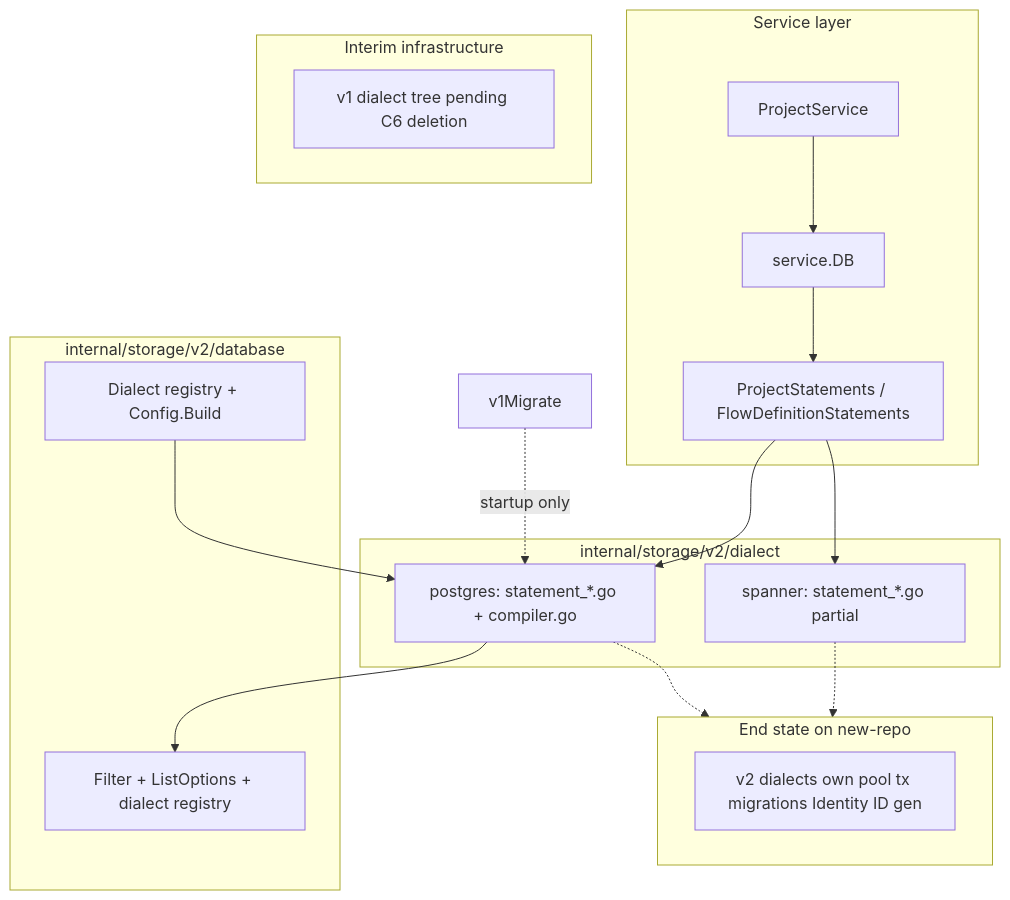
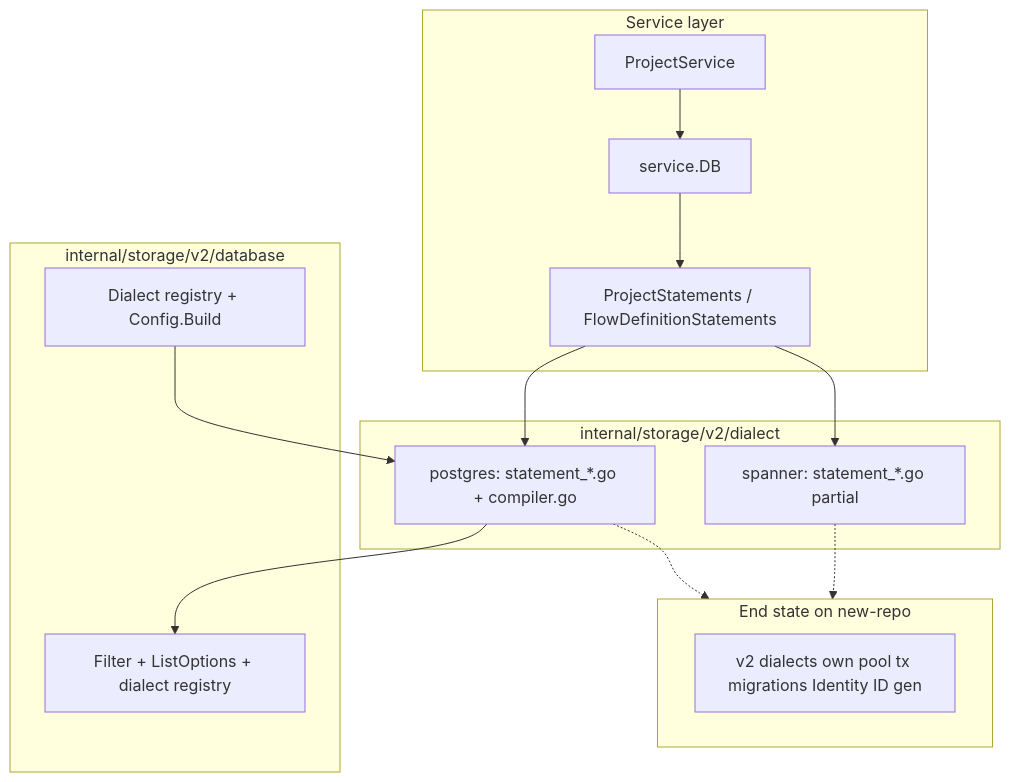
One commit to zitadel/nextgen changed the first of 2 diagrams in docs/adrs/028-storage-v2-statements-and-dialects.md. Above: the diagram before and after it, drawn with Mermaid. The commit also changed other lines of this file and 61 other files, not shown here.

First line of the commit message:
refactor(database): retire v1 dialect tree (#654)

````diff
--- a/docs/adrs/028-storage-v2-statements-and-dialects.md
+++ b/docs/adrs/028-storage-v2-statements-and-dialects.md
@@ -120,32 +121,28 @@
 ```mermaid
 flowchart TB
     subgraph serviceLayer [Service layer]
         ProjectService
         StatementIfaces["ProjectStatements / FlowDefinitionStatements"]
         serviceDB["service.DB"]
     end
     subgraph v2core [internal/storage/v2/database]
         CoreTypes["Filter + ListOptions + dialect registry"]
         DialectReg["Dialect registry + Config.Build"]
     end
     subgraph dialects [internal/storage/v2/dialect]
         pg["postgres: statement_*.go + compiler.go"]
         sp["spanner: statement_*.go partial"]
     end
-    subgraph interim [Interim infrastructure]
-        v1Tree["v1 dialect tree pending C6 deletion"]
-    end
     subgraph endState [End state on new-repo]
         v2Only["v2 dialects own pool tx migrations Identity ID gen"]
     end
 
     ProjectService --> serviceDB
     serviceDB --> StatementIfaces
     StatementIfaces --> pg
     StatementIfaces --> sp
     pg --> CoreTypes
     DialectReg --> pg
-    v1Migrate -.->|"startup only"| pg
     pg -.-> endState
     sp -.-> endState
 ```
````
